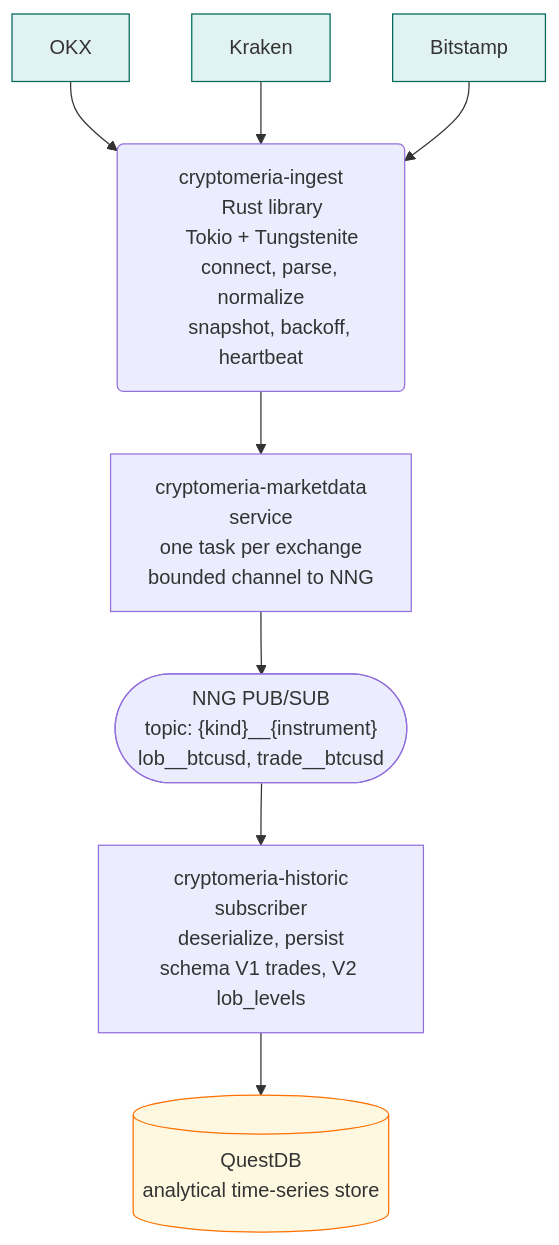
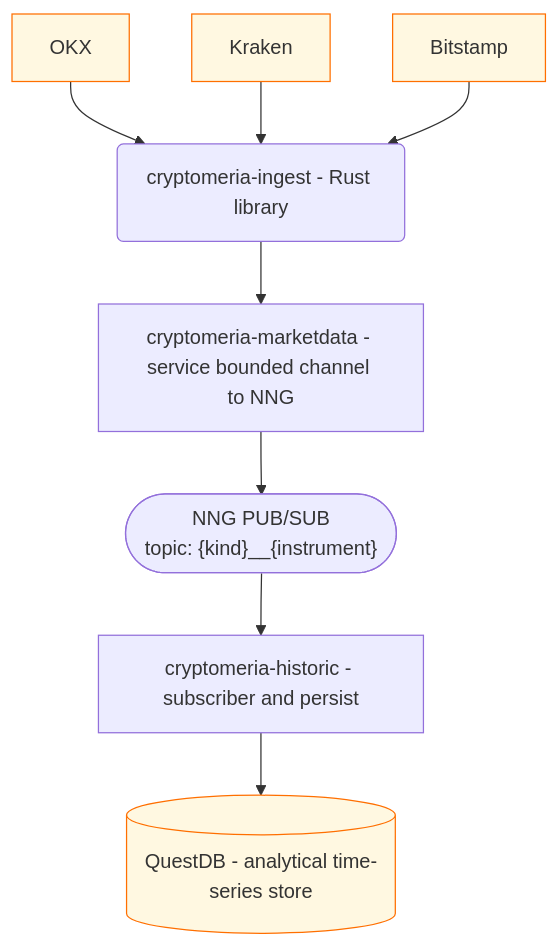
Before and after one commit to fibonsai/.github: the diagram in profile/README.md, drawn with Mermaid.

````diff
--- a/profile/README.md
+++ b/profile/README.md
@@ -31,39 +31,35 @@
 ```mermaid
 flowchart TB
     %% Exchange feeds
     OKX["OKX"]
     Kraken["Kraken"]
     Bitstamp["Bitstamp"]
 
     %% Stage 1 - Ingest (library)
-    ingest("cryptomeria-ingest
-    Rust library
-    Tokio + Tungstenite
-    connect, parse, normalize
-    snapshot, backoff, heartbeat")
+    ingest("cryptomeria-ingest - Rust library")
 
     %% Stage 2 - Marketdata (service)
-    marketdata["cryptomeria-marketdata<br/>service<br/>one task per exchange<br/>bounded channel to NNG"]
+    marketdata["cryptomeria-marketdata - service bounded channel to NNG"]
 
     %% NNG pub/sub broker
-    nng(["NNG PUB/SUB<br/>topic: {kind}__{instrument}<br/>lob__btcusd, trade__btcusd"])
+    nng(["NNG PUB/SUB<br/>topic: {kind}__{instrument}"])
 
     %% Stage 3 - Historic (subscriber)
-    historic["cryptomeria-historic<br/>subscriber<br/>deserialize, persist<br/>schema V1 trades, V2 lob_levels"]
+    historic["cryptomeria-historic - subscriber and persist"]
 
     %% Analytical store
-    questdb[("QuestDB<br/>analytical time-series store")]
+    questdb[("QuestDB - analytical time-series store")]
 
     OKX --> ingest
     Kraken --> ingest
     Bitstamp --> ingest
     ingest --> marketdata
     marketdata --> nng
     nng --> historic
     historic --> questdb
 
-    classDef exchange fill:#e0f2f1,stroke:#00695c,stroke-width:1px
+    classDef exchange fill:#fff8e1,stroke:#ff6f00,stroke-width:1px
     classDef store fill:#fff8e1,stroke:#ff6f00,stroke-width:1px
     class OKX,Kraken,Bitstamp exchange
     class questdb store
 ```
````
